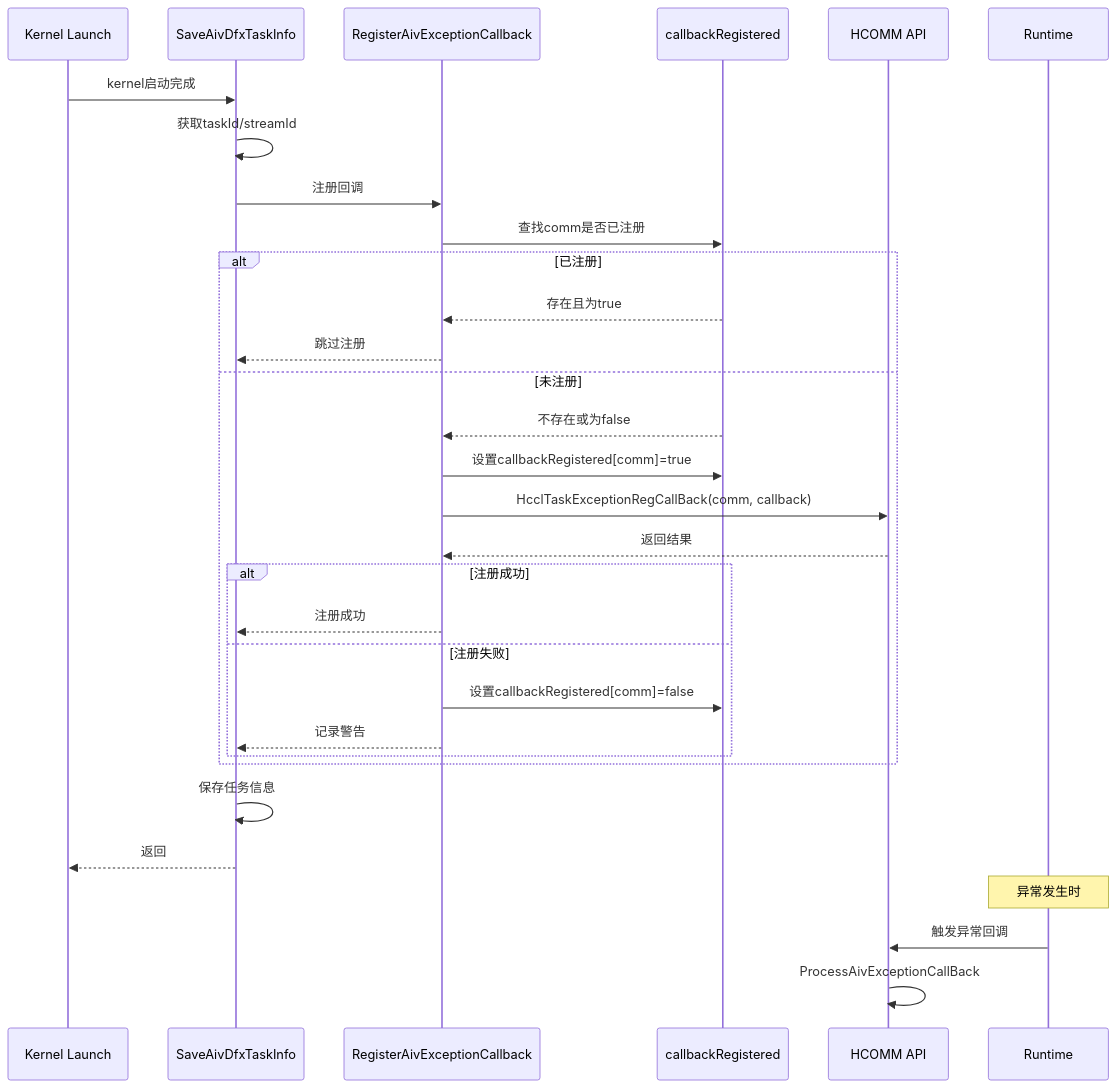
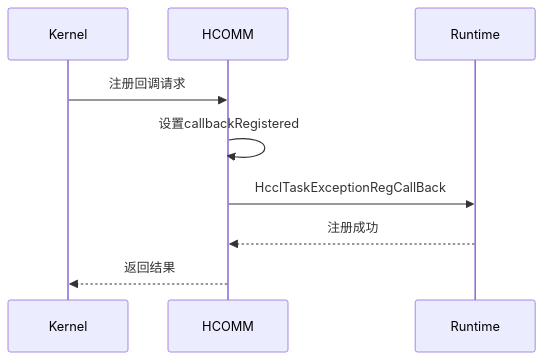
The fifth of 8 diagrams in docs/AIV_Task_Exception_Handler_Design.md (libochao-huawei/HCCL), drawn with Mermaid before and after one commit. The commit also changed other lines of this file, not shown here.

````diff
--- a/docs/AIV_Task_Exception_Handler_Design.md
+++ b/docs/AIV_Task_Exception_Handler_Design.md
@@ -227,37 +169,12 @@
 ```mermaid
 sequenceDiagram
-    participant K as Kernel Launch
-    participant S as SaveAivDfxTaskInfo
-    participant R as RegisterAivExceptionCallback
-    participant M as callbackRegistered
-    participant H as HCOMM API
-    participant RT as Runtime
+    participant K as Kernel
+    participant H as HCOMM
+    participant R as Runtime
     
-    K->>S: kernel启动完成
-    S->>S: 获取taskId/streamId
-    S->>R: 注册回调
-    
-    R->>M: 查找comm是否已注册
-    alt 已注册
-        M-->>R: 存在且为true
-        R-->>S: 跳过注册
-    else 未注册
-        M-->>R: 不存在或为false
-        R->>M: 设置callbackRegistered[comm]=true
-        R->>H: HcclTaskExceptionRegCallBack(comm, callback)
-        H-->>R: 返回结果
-        alt 注册成功
-            R-->>S: 注册成功
-        else 注册失败
-            R->>M: 设置callbackRegistered[comm]=false
-            R-->>S: 记录警告
-        end
-    end
-    
-    S->>S: 保存任务信息
-    S-->>K: 返回
-    
-    Note over RT: 异常发生时
-    RT->>H: 触发异常回调
-    H->>H: ProcessAivExceptionCallBack
+    K->>H: 注册回调请求
+    H->>H: 设置callbackRegistered
+    H->>R: HcclTaskExceptionRegCallBack
+    R-->>H: 注册成功
+    H-->>K: 返回结果
 ```
````
